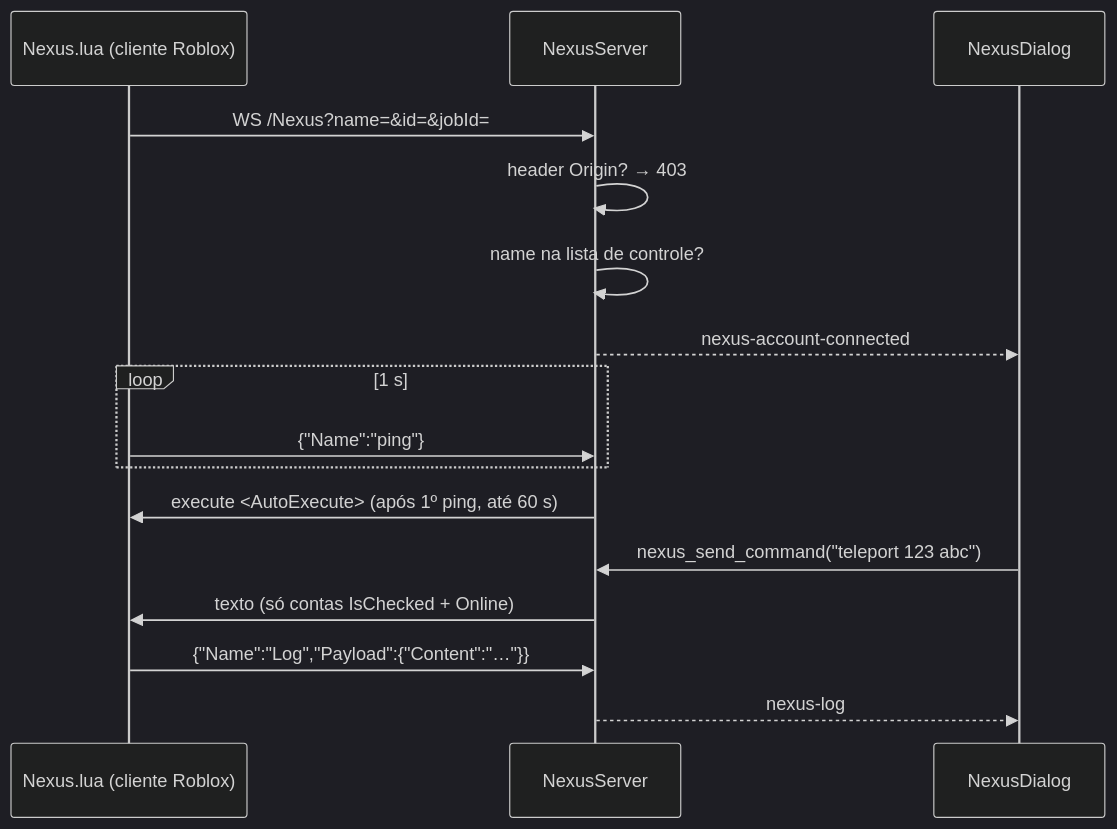
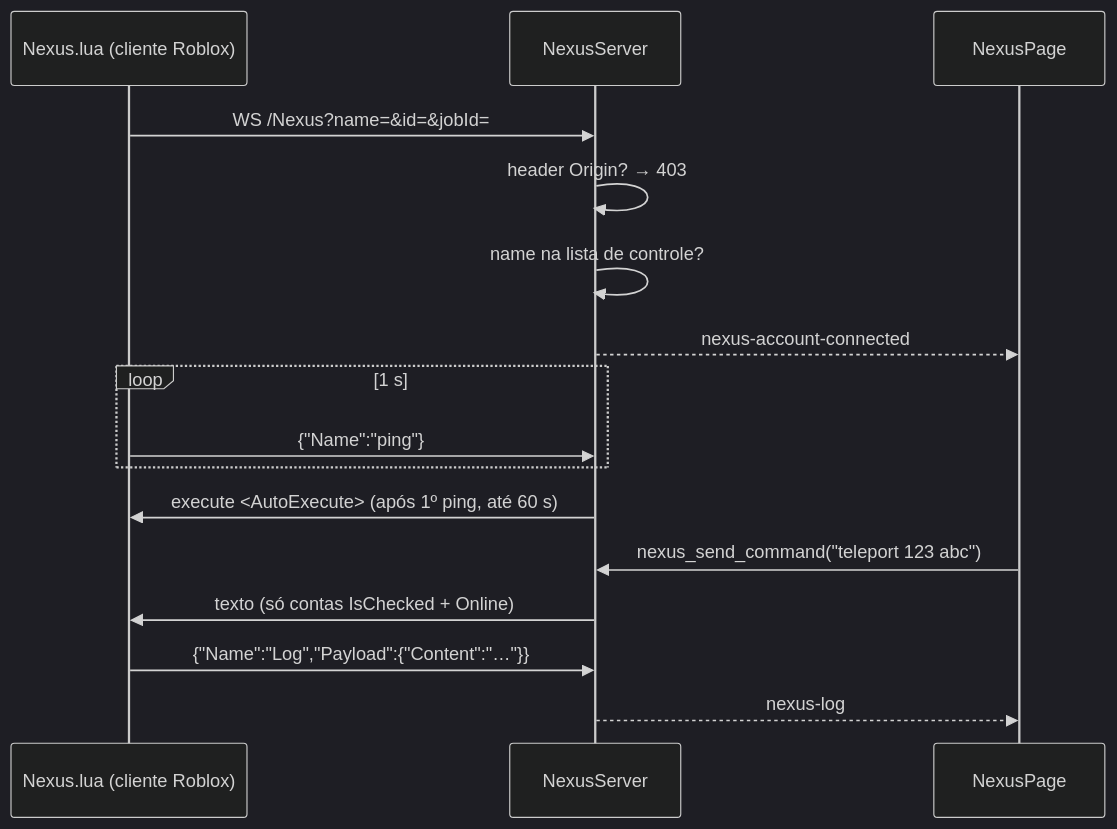
Before and after one commit to luanmacea/MultiAlt: the diagram in docs/features/nexus.md, drawn with Mermaid (dark theme). The commit also changed other lines of this file and 8 other files, not shown here.

````diff
--- a/docs/features/nexus.md
+++ b/docs/features/nexus.md
@@ -32,18 +32,18 @@
 ```mermaid
 sequenceDiagram
     participant Lua as Nexus.lua (cliente Roblox)
     participant WS as NexusServer
-    participant UI as NexusDialog
+    participant UI as NexusPage
     Lua->>WS: WS /Nexus?name=&id=&jobId=
     WS->>WS: header Origin? → 403
     WS->>WS: name na lista de controle?
     WS-->>UI: nexus-account-connected
     loop 1 s
         Lua->>WS: {"Name":"ping"}
     end
     WS->>Lua: execute <AutoExecute> (após 1º ping, até 60 s)
     UI->>WS: nexus_send_command("teleport 123 abc")
     WS->>Lua: texto (só contas IsChecked + Online)
     Lua->>WS: {"Name":"Log","Payload":{"Content":"…"}}
     WS-->>UI: nexus-log
 ```
````
